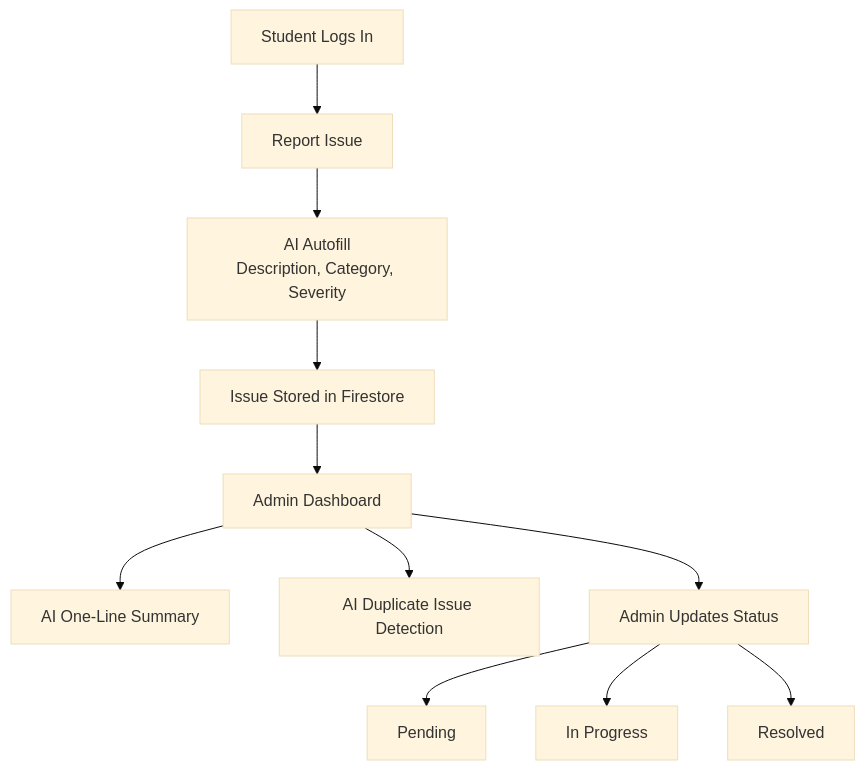
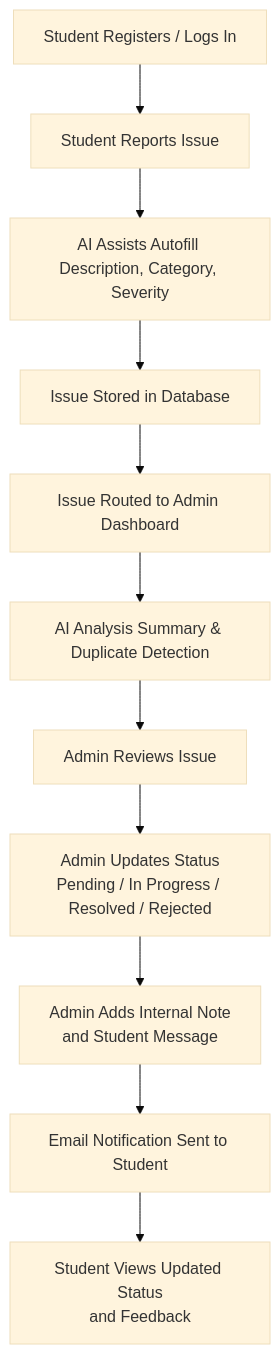
The diagram in README.md (bloomrani/gdg-hackathon), drawn with Mermaid (base theme) before and after one commit. The commit also changed other lines of this file, not shown here.

First line of the commit message:
Revise README for Campus Issue Portal

````diff
--- a/README.md
+++ b/README.md
@@ -38,17 +77,25 @@
-```mermaid
-graph TD
-    A[Student Logs In] --> B[Report Issue]
+``` mermaid
+flowchart TD
+    A[Student Registers / Logs In]
+    B[Student Reports Issue]
+    C["AI Assists Autofill Description, Category, Severity"]
+    D[Issue Stored in Database]
+    E[Issue Routed to Admin Dashboard]
+    F["AI Analysis Summary & Duplicate Detection"]
+    G[Admin Reviews Issue]
+    H["Admin Updates Status\nPending / In Progress / Resolved / Rejected"]
+    I["Admin Adds Internal Note\nand Student Message"]
+    J[Email Notification Sent to Student]
+    K["Student Views Updated Status\nand Feedback"]
 
-    B --> C[AI Autofill<br/>Description, Category, Severity]
-    C --> D[Issue Stored in Firestore]
-
-    D --> E[Admin Dashboard]
-
-    E --> F[AI One-Line Summary]
-    E --> G[AI Duplicate Issue Detection]
-
-    E --> H[Admin Updates Status]
-    H --> I[Pending]
-    H --> J[In Progress]
-    H --> K[Resolved]
+    A --> B
+    B --> C
+    C --> D
+    D --> E
+    E --> F
+    F --> G
+    G --> H
+    H --> I
+    I --> J
+    J --> K
 ```
````
